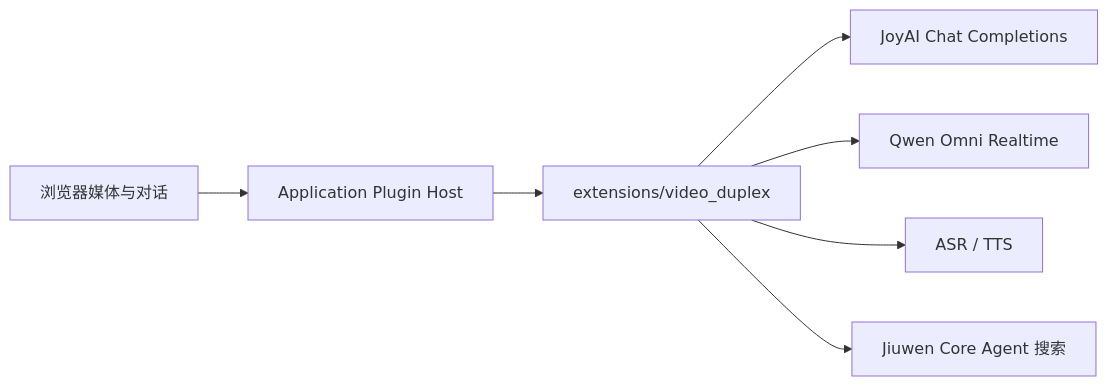
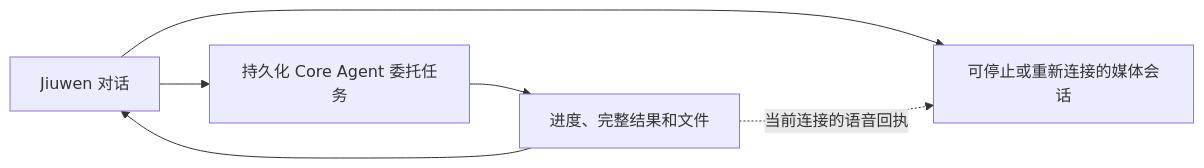
Before and after one commit to openJiuwen-ai/jiuwenswarm: the first of 2 diagrams in jiuwenswarm/extensions/video_duplex/docs/README.zh-CN.md, drawn with Mermaid. The commit also changed other lines of this file and 6 other files, not shown here.

Commit message:
docs(video): refresh duplex setup screenshots and update notes

````diff
--- a/jiuwenswarm/extensions/video_duplex/docs/README.zh-CN.md
+++ b/jiuwenswarm/extensions/video_duplex/docs/README.zh-CN.md
@@ -7,9 +183,8 @@
 ```mermaid
 flowchart LR
-    Browser[浏览器媒体与对话] --> Host[Application Plugin Host]
-    Host --> Plugin[extensions/video_duplex]
-    Plugin --> JoyAI[JoyAI Chat Completions]
-    Plugin --> Qwen[Qwen Omni Realtime]
-    Plugin --> Voice[ASR / TTS]
-    Plugin --> Core[Jiuwen Core Agent 搜索]
+    C[Jiuwen 对话] --> J[持久化 Core Agent 委托任务]
+    J --> R[进度、完整结果和文件]
+    R --> C
+    C --> M[可停止或重新连接的媒体会话]
+    R -. 当前连接的语音回执 .-> M
 ```
````
